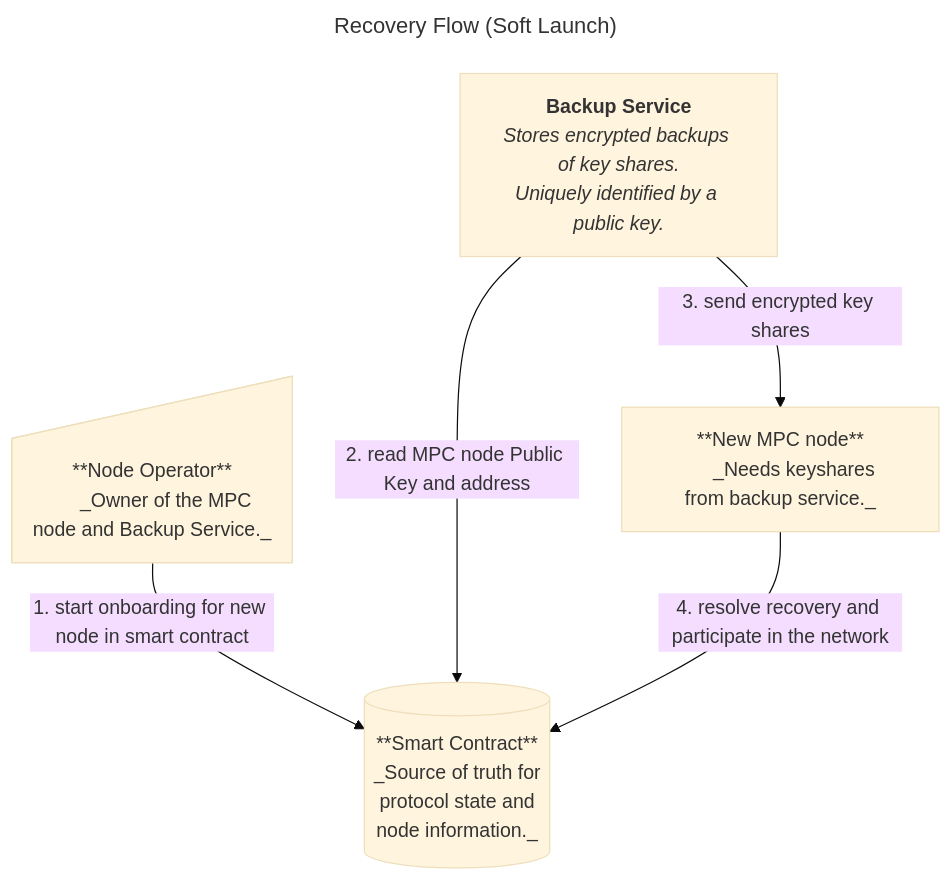
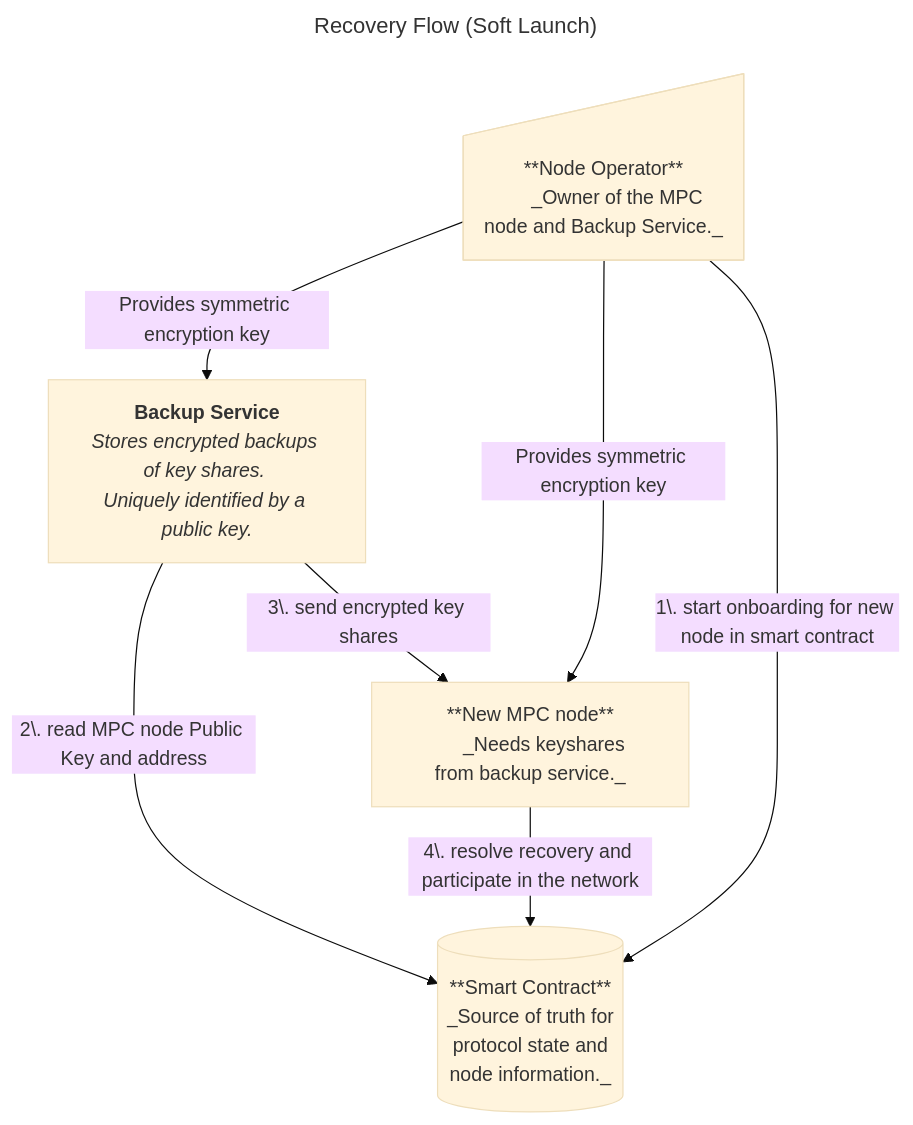
One commit to near/mpc changed the third of 4 diagrams in docs/migration-service.md. Above: the diagram before and after it, drawn with Mermaid (base theme). The commit also changed other lines of this file, not shown here.

````diff
--- a/docs/migration-service.md
+++ b/docs/migration-service.md
@@ -190,30 +172,31 @@
 ```mermaid
 ---
 title: Recovery Flow (Soft Launch)
 ---
 flowchart TD
     NO["**Node Operator**
       _Owner of the MPC node and Backup Service._"]
 
     SC["**Smart Contract**
       _Source of truth for
       protocol state and
       node information._"]
 
     BS@{ label: "**Backup Service**
-        _Stores encrypted backups of key shares.
+        _Stores encrypted backups of key shares. 
         Uniquely identified by a public key._" }
-
     MPC["**New MPC node**
       _Needs keyshares from backup service._"]
-
-    NO -- "1. start onboarding for new node in smart contract" --> SC
-    BS -- "2. read MPC node Public Key and address" --> SC
-    BS -- "3. send encrypted key shares" --> MPC
-    MPC -- "4. resolve recovery and participate in the network" --> SC
+    
+    NO -->|Provides symmetric encryption key| BS;
+    NO -->|Provides symmetric encryption key| MPC;
+    NO -- "1\. start onboarding for new node in smart contract" --> SC
+    BS -- "2\. read MPC node Public Key and address" --> SC
+    BS -- "3\. send encrypted key shares" --> MPC
+    MPC -- "4\. resolve recovery and participate in the network" --> SC
 
     NO@{ shape: manual-input}
     SC@{ shape: db}
     BS@{ shape: proc}
     MPC@{ shape: proc}
 ```
````
